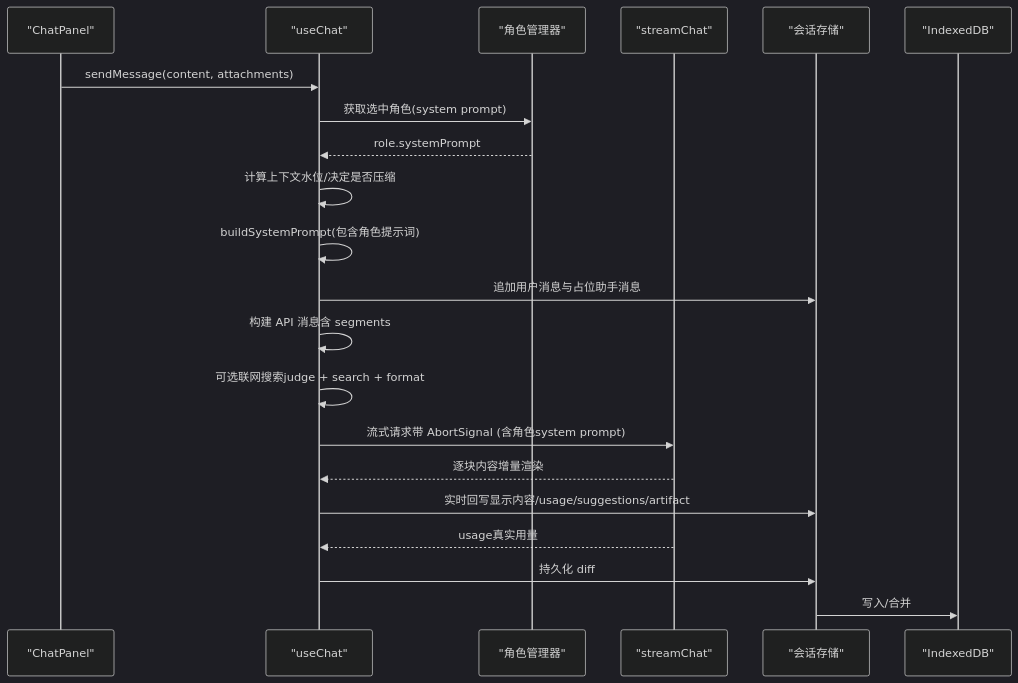
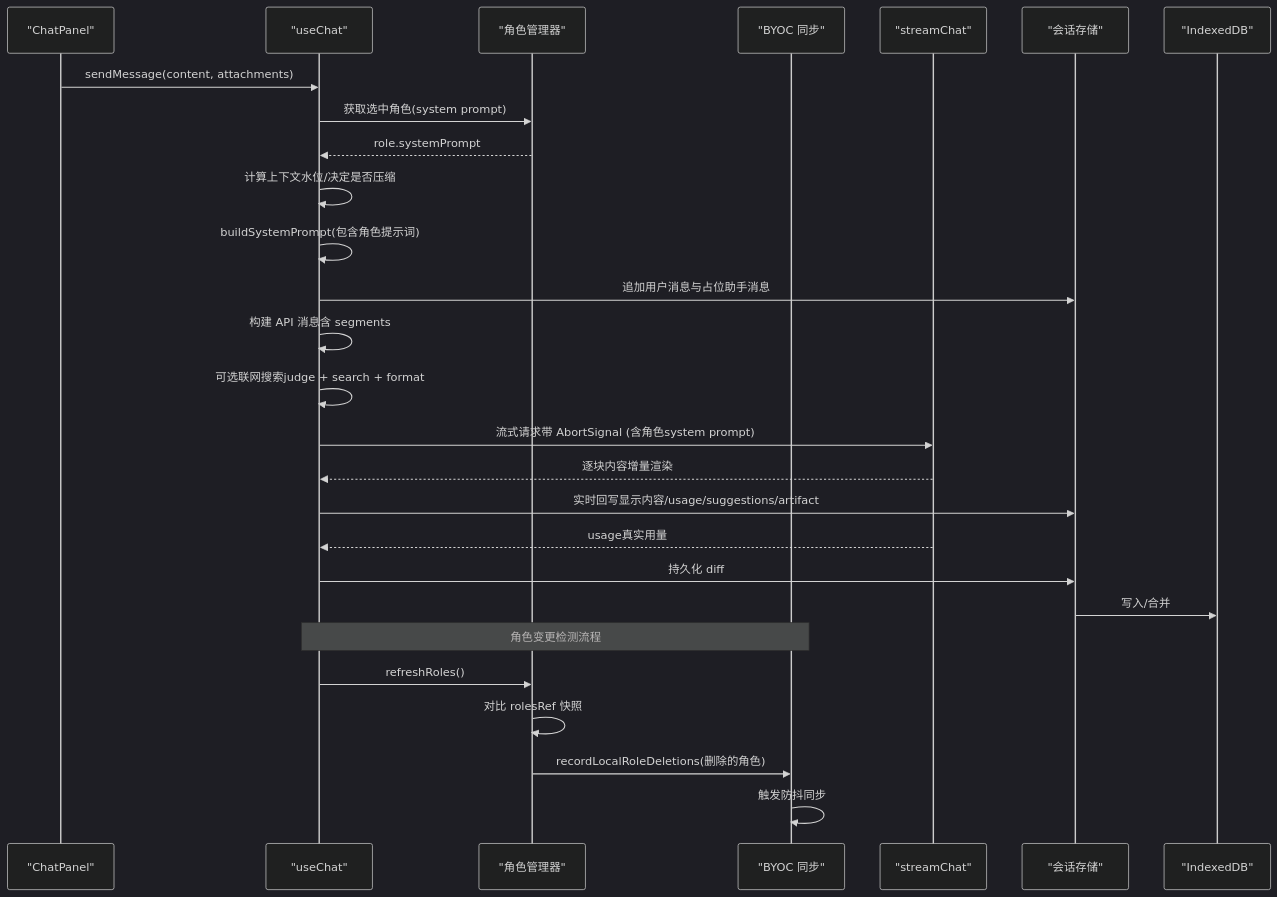
Before and after one commit to billye220670/AIShop: the second of 6 diagrams in .qoder/repowiki/zh/content/聊天模块/聊天状态管理 Hook.md, drawn with Mermaid (dark theme). The commit also changed other lines of this file and 30 other files, not shown here.

First line of the commit message:
fix: 修复 BYOC 自动同步与流式输出的竞态（圆点中断、Load failed、图片不可用）

````diff
--- a/.qoder/repowiki/zh/content/聊天模块/聊天状态管理 Hook.md
+++ b/.qoder/repowiki/zh/content/聊天模块/聊天状态管理 Hook.md
@@ -96,23 +102,29 @@
 ```mermaid
 sequenceDiagram
 participant UI as "ChatPanel"
 participant Hook as "useChat"
 participant RoleMgr as "角色管理器"
+participant BYOC as "BYOC 同步"
 participant API as "streamChat"
 participant Store as "会话存储"
 participant DB as "IndexedDB"
 UI->>Hook : sendMessage(content, attachments)
 Hook->>RoleMgr : 获取选中角色(system prompt)
 RoleMgr-->>Hook : role.systemPrompt
 Hook->>Hook : 计算上下文水位/决定是否压缩
 Hook->>Hook : buildSystemPrompt(包含角色提示词)
 Hook->>Store : 追加用户消息与占位助手消息
 Hook->>Hook : 构建 API 消息含 segments
 Hook->>Hook : 可选联网搜索judge + search + format
 Hook->>API : 流式请求带 AbortSignal (含角色system prompt)
 API-->>Hook : 逐块内容增量渲染
 Hook->>Store : 实时回写显示内容/usage/suggestions/artifact
 API-->>Hook : usage真实用量
 Hook->>Store : 持久化 diff
 Store->>DB : 写入/合并
+Note over Hook,BYOC : 角色变更检测流程
+Hook->>RoleMgr : refreshRoles()
+RoleMgr->>RoleMgr : 对比 rolesRef 快照
+RoleMgr->>BYOC : recordLocalRoleDeletions(删除的角色)
+BYOC->>BYOC : 触发防抖同步
 ```
````
